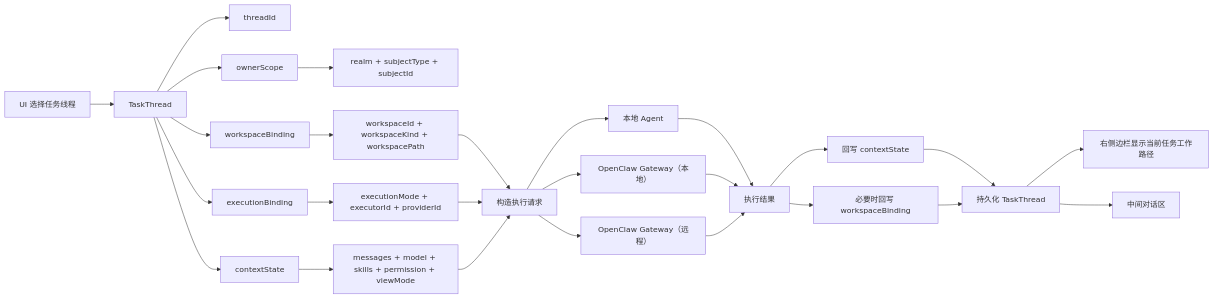
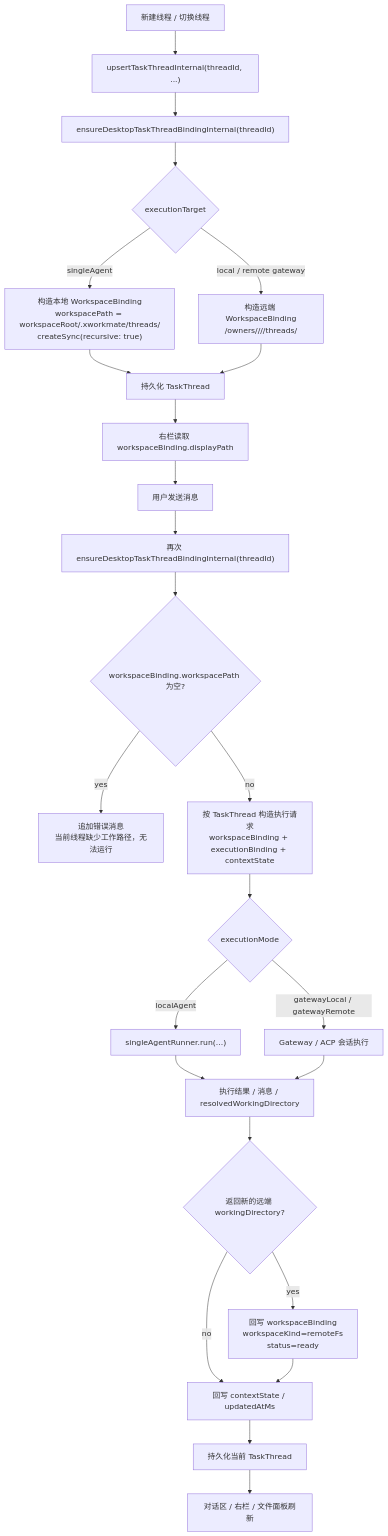
The first of 2 diagrams in docs/architecture/assistant-thread-target-model-20260328.md (ai-workspace-lab/xworkmate-app), drawn with Mermaid before and after one commit. The commit also changed other lines of this file and 16 other files, not shown here.

Commit message:
fix(taskthread): stabilize workspace binding follow-ups

````diff
--- a/docs/architecture/assistant-thread-target-model-20260328.md
+++ b/docs/architecture/assistant-thread-target-model-20260328.md
@@ -24,36 +118,35 @@
 ```mermaid
-flowchart LR
-  UI["UI 选择任务线程"] --> T["TaskThread"]
+flowchart TD
+  A["新建线程 / 切换线程"] --> B["upsertTaskThreadInternal(threadId, ...)"]
+  B --> C["ensureDesktopTaskThreadBindingInternal(threadId)"]
 
-  T --> ID["threadId"]
-  T --> OWNER["ownerScope"]
-  T --> WS["workspaceBinding"]
-  T --> EXEC["executionBinding"]
-  T --> CTX["contextState"]
+  C --> D{"executionTarget"}
+  D -->|singleAgent| E["构造本地 WorkspaceBinding<br/>workspacePath = workspaceRoot/.xworkmate/threads/<threadId><br/>createSync(recursive: true)"]
+  D -->|local / remote gateway| F["构造远端 WorkspaceBinding<br/>/owners/<realm>/<subjectType>/<subjectId>/threads/<threadId>"]
 
-  OWNER --> OWNER2["realm + subjectType + subjectId"]
-  WS --> WS2["workspaceId + workspaceKind + workspacePath"]
-  EXEC --> EXEC2["executionMode + executorId + providerId"]
-  CTX --> CTX2["messages + model + skills + permission + viewMode"]
+  E --> G["持久化 TaskThread"]
+  F --> G
+  G --> H["右栏读取 workspaceBinding.displayPath"]
 
-  WS2 --> RUN["构造执行请求"]
-  EXEC2 --> RUN
-  CTX2 --> RUN
+  H --> I["用户发送消息"]
+  I --> J["再次 ensureDesktopTaskThreadBindingInternal(threadId)"]
+  J --> K{"workspaceBinding.workspacePath 为空?"}
 
-  RUN --> LOCAL["本地 Agent"]
-  RUN --> GWL["OpenClaw Gateway（本地）"]
-  RUN --> GWR["OpenClaw Gateway（远程）"]
+  K -->|yes| L["追加错误消息<br/>当前线程缺少工作路径，无法运行"]
+  K -->|no| M["按 TaskThread 构造执行请求<br/>workspaceBinding + executionBinding + contextState"]
 
-  LOCAL --> RESULT["执行结果"]
-  GWL --> RESULT
-  GWR --> RESULT
+  M --> N{"executionMode"}
+  N -->|localAgent| O["singleAgentRunner.run(...)"]
+  N -->|gatewayLocal / gatewayRemote| P["Gateway / ACP 会话执行"]
 
-  RESULT --> UPDATE_CTX["回写 contextState"]
-  RESULT --> UPDATE_WS["必要时回写 workspaceBinding"]
+  O --> Q["执行结果 / 消息 / resolvedWorkingDirectory"]
+  P --> Q
 
-  UPDATE_CTX --> STORE["持久化 TaskThread"]
-  UPDATE_WS --> STORE
+  Q --> R{"返回新的远端 workingDirectory?"}
+  R -->|yes| S["回写 workspaceBinding<br/>workspaceKind=remoteFs<br/>status=ready"]
+  R -->|no| T["回写 contextState / updatedAtMs"]
 
-  STORE --> SIDEBAR["右侧边栏显示当前任务工作路径"]
-  STORE --> CHAT["中间对话区"]
+  S --> T
+  T --> U["持久化当前 TaskThread"]
+  U --> V["对话区 / 右栏 / 文件面板刷新"]
 ```
````
